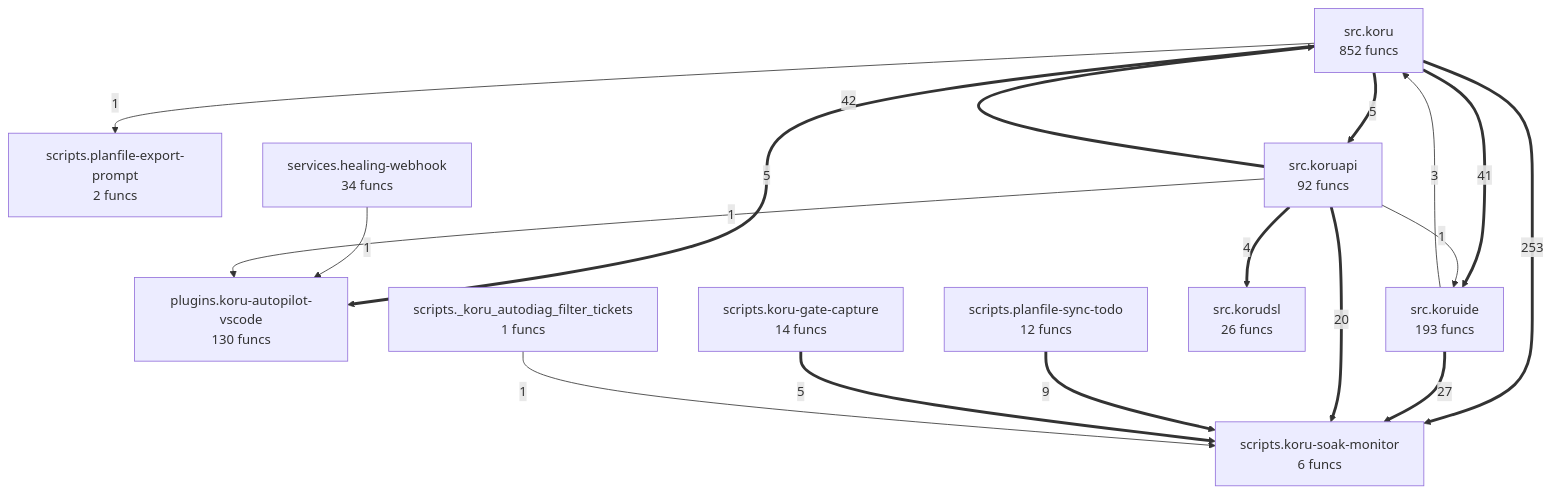
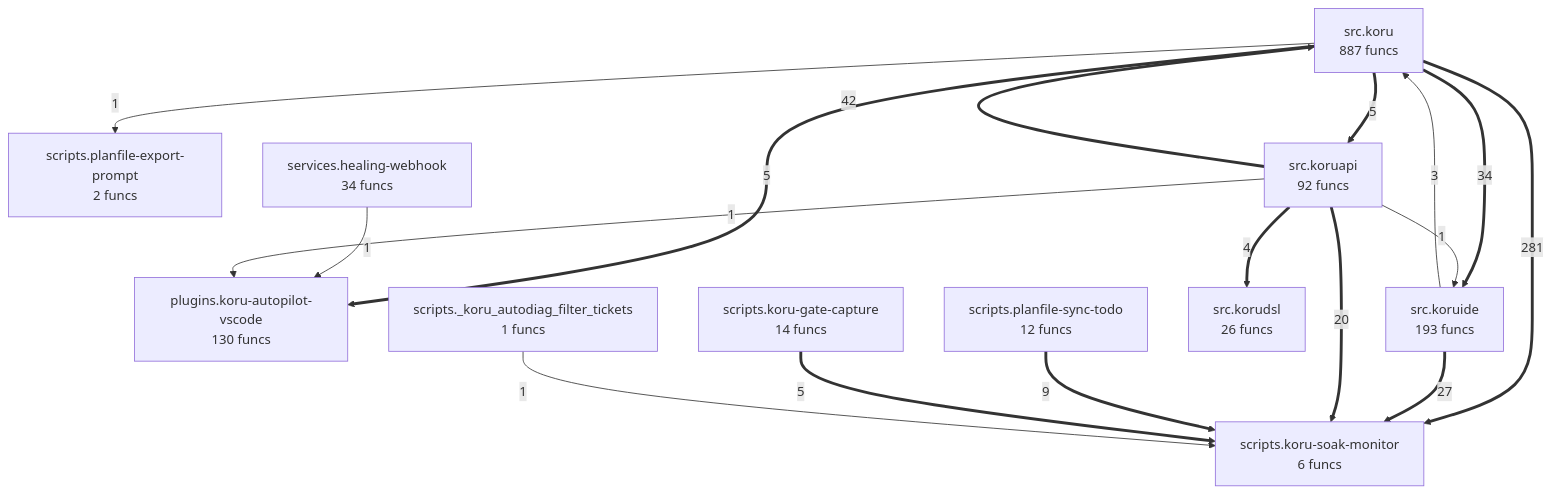
The diagram in project/compact_flow.mmd (semcod/koru), drawn with Mermaid before and after one commit. The commit also changed 45 other files, not shown here.

```diff
--- a/project/compact_flow.mmd
+++ b/project/compact_flow.mmd
@@ -1,29 +1,29 @@
 flowchart TD
-%% generated in 0.07s
+%% generated in 0.05s
     plugins__koru_autopilot_vscode["plugins.koru-autopilot-vscode<br/>130 funcs"]
     scripts___koru_autodiag_filter_tickets["scripts._koru_autodiag_filter_tickets<br/>1 funcs"]
     scripts__koru_gate_capture["scripts.koru-gate-capture<br/>14 funcs"]
     scripts__koru_soak_monitor["scripts.koru-soak-monitor<br/>6 funcs"]
     scripts__planfile_export_prompt["scripts.planfile-export-prompt<br/>2 funcs"]
     scripts__planfile_sync_todo["scripts.planfile-sync-todo<br/>12 funcs"]
     services__healing_webhook["services.healing-webhook<br/>34 funcs"]
-    src__koru["src.koru<br/>852 funcs"]
+    src__koru["src.koru<br/>887 funcs"]
     src__koruapi["src.koruapi<br/>92 funcs"]
     src__korudsl["src.korudsl<br/>26 funcs"]
     src__koruide["src.koruide<br/>193 funcs"]
-    src__koru ==>|253| scripts__koru_soak_monitor
+    src__koru ==>|281| scripts__koru_soak_monitor
     src__koruapi ==>|42| src__koru
-    src__koru ==>|41| src__koruide
+    src__koru ==>|34| src__koruide
     src__koruide ==>|27| scripts__koru_soak_monitor
     src__koruapi ==>|20| scripts__koru_soak_monitor
     scripts__planfile_sync_todo ==>|9| scripts__koru_soak_monitor
     src__koru ==>|5| plugins__koru_autopilot_vscode
     src__koru ==>|5| src__koruapi
     scripts__koru_gate_capture ==>|5| scripts__koru_soak_monitor
     src__koruapi ==>|4| src__korudsl
     src__koruide -->|3| src__koru
     services__healing_webhook -->|1| plugins__koru_autopilot_vscode
     src__koruapi -->|1| plugins__koru_autopilot_vscode
     src__koruapi -->|1| src__koruide
+    src__koru -->|1| scripts__planfile_export_prompt
     scripts___koru_autodiag_filter_tickets -->|1| scripts__koru_soak_monitor
-    src__koru -->|1| scripts__planfile_export_prompt
```
